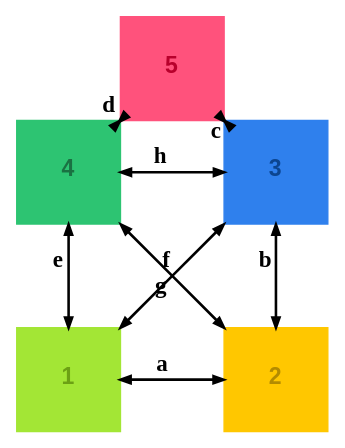
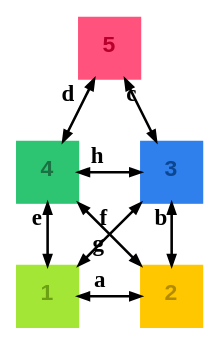
Before and after one commit to m-bock/purescript-transit: the diagram in renders/house-santa-claus_graph-light.dot, drawn with Graphviz. The commit also changed 5 other files, not shown here.

Commit message:
Enhance House of Santa Claus tutorial; update state machine documentation, improve Graphviz node positioning for better layout control, and refine transition table explanations. Add helper functions for unit conversion and adjust rendering options for consistency across examples.

```diff
--- a/renders/house-santa-claus_graph-light.dot
+++ b/renders/house-santa-claus_graph-light.dot
@@ -1,17 +1,17 @@
 digraph 
 {
 rankdir = "TD";fontname = "Arial";labelloc = "t";fontsize = 16.0;bgcolor = "#ffffff";color = "#000000";fontcolor = "#000000";layout = "neato"
-1 [shape = "box", label = <<b>1</b>>, fontsize = 16.0, style = "filled", fillcolor = "#a3e635", fontcolor = "#6ca114", color = "#a3e635", fontname = "Arial", labelloc = "c", penwidth = 1.0, height = 0.4, pos = "0.0,0.0!", width = 1.0, height = 1.0, fixedsize = true]
-2 [shape = "box", label = <<b>2</b>>, fontsize = 16.0, style = "filled", fillcolor = "#ffc700", fontcolor = "#b38b00", color = "#ffc700", fontname = "Arial", labelloc = "c", penwidth = 1.0, height = 0.4, pos = "2.0,0.0!", width = 1.0, height = 1.0, fixedsize = true]
+1 [shape = "box", label = <<b>1</b>>, fontsize = 16.0, style = "filled", fillcolor = "#a3e635", fontcolor = "#6ca114", color = "#a3e635", fontname = "Arial", labelloc = "c", penwidth = 1.0, height = 0.4, pos = "0.0,0.0!", width = 0.6, height = 0.6, fixedsize = true]
+2 [shape = "box", label = <<b>2</b>>, fontsize = 16.0, style = "filled", fillcolor = "#ffc700", fontcolor = "#b38b00", color = "#ffc700", fontname = "Arial", labelloc = "c", penwidth = 1.0, height = 0.4, pos = "1.2,0.0!", width = 0.6, height = 0.6, fixedsize = true]
 2 -> 1 [color = "#000000", fontcolor = "#000000", fontsize = 16.0, label = <<b>a</b>>, arrowsize = "0.7", penwidth = 1.8, dir = "both"]
-3 [shape = "box", label = <<b>3</b>>, fontsize = 16.0, style = "filled", fillcolor = "#2f80ed", fontcolor = "#0c4590", color = "#2f80ed", fontname = "Arial", labelloc = "c", penwidth = 1.0, height = 0.4, pos = "2.0,2.0!", width = 1.0, height = 1.0, fixedsize = true]
+3 [shape = "box", label = <<b>3</b>>, fontsize = 16.0, style = "filled", fillcolor = "#2f80ed", fontcolor = "#0c4590", color = "#2f80ed", fontname = "Arial", labelloc = "c", penwidth = 1.0, height = 0.4, pos = "1.2,1.2!", width = 0.6, height = 0.6, fixedsize = true]
 3 -> 2 [color = "#000000", fontcolor = "#000000", fontsize = 16.0, label = <<b>b</b>>, arrowsize = "0.7", penwidth = 1.8, dir = "both"]
 3 -> 1 [color = "#000000", fontcolor = "#000000", fontsize = 16.0, label = <<b>f</b>>, arrowsize = "0.7", penwidth = 1.8, dir = "both"]
-5 [shape = "box", label = <<b>5</b>>, fontsize = 16.0, style = "filled", fillcolor = "#ff527c", fontcolor = "#b8002c", color = "#ff527c", fontname = "Arial", labelloc = "c", penwidth = 1.0, height = 0.4, pos = "1.0,3.0!", width = 1.0, height = 1.0, fixedsize = true]
+5 [shape = "box", label = <<b>5</b>>, fontsize = 16.0, style = "filled", fillcolor = "#ff527c", fontcolor = "#b8002c", color = "#ff527c", fontname = "Arial", labelloc = "c", penwidth = 1.0, height = 0.4, pos = "0.6,2.4!", width = 0.6, height = 0.6, fixedsize = true]
 5 -> 3 [color = "#000000", fontcolor = "#000000", fontsize = 16.0, label = <<b>c</b>>, arrowsize = "0.7", penwidth = 1.8, dir = "both"]
 5 -> 4 [color = "#000000", fontcolor = "#000000", fontsize = 16.0, label = <<b>d</b>>, arrowsize = "0.7", penwidth = 1.8, dir = "both"]
-4 [shape = "box", label = <<b>4</b>>, fontsize = 16.0, style = "filled", fillcolor = "#2dc472", fontcolor = "#1a7142", color = "#2dc472", fontname = "Arial", labelloc = "c", penwidth = 1.0, height = 0.4, pos = "0.0,2.0!", width = 1.0, height = 1.0, fixedsize = true]
+4 [shape = "box", label = <<b>4</b>>, fontsize = 16.0, style = "filled", fillcolor = "#2dc472", fontcolor = "#1a7142", color = "#2dc472", fontname = "Arial", labelloc = "c", penwidth = 1.0, height = 0.4, pos = "0.0,1.2!", width = 0.6, height = 0.6, fixedsize = true]
 4 -> 1 [color = "#000000", fontcolor = "#000000", fontsize = 16.0, label = <<b>e</b>>, arrowsize = "0.7", penwidth = 1.8, dir = "both"]
 4 -> 2 [color = "#000000", fontcolor = "#000000", fontsize = 16.0, label = <<b>g</b>>, arrowsize = "0.7", penwidth = 1.8, dir = "both"]
 4 -> 3 [color = "#000000", fontcolor = "#000000", fontsize = 16.0, label = <<b>h</b>>, arrowsize = "0.7", penwidth = 1.8, dir = "both"]
 }
```
